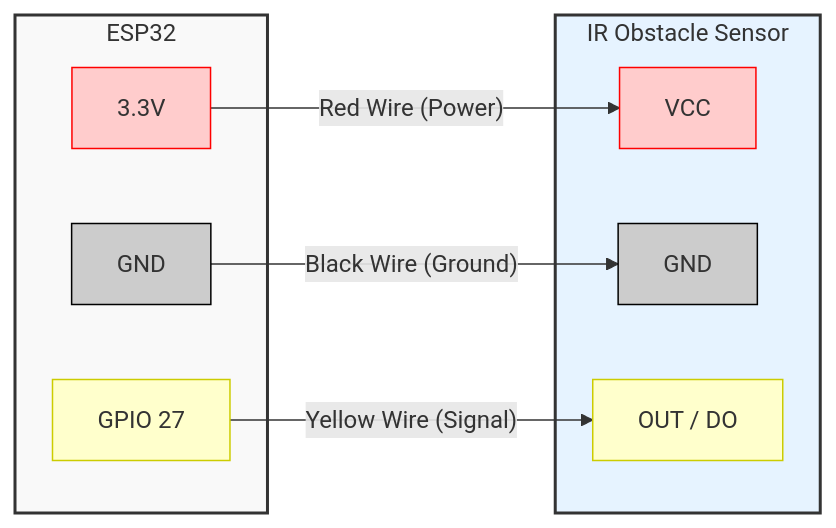
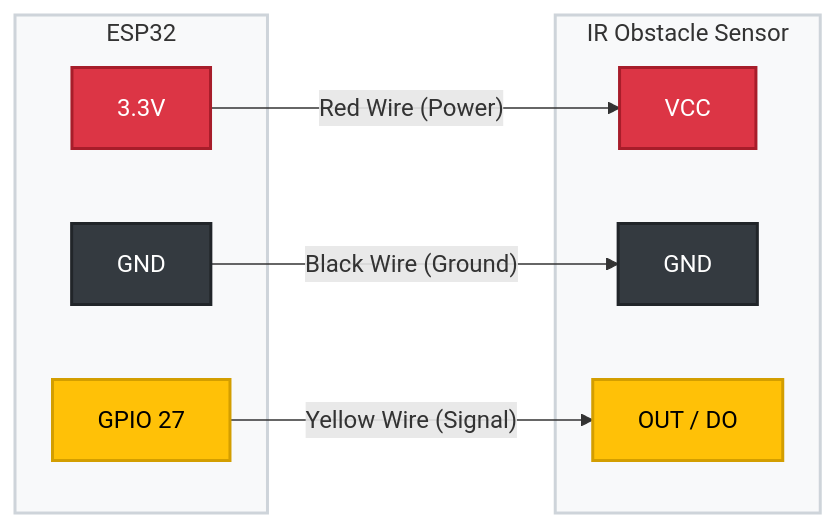
The diagram in README.md (yashwanthR1207/ESP-32-IRsensor-test-code-), drawn with Mermaid before and after one commit. The commit also changed 1 other file, not shown here.

````diff
--- a/README.md
+++ b/README.md
@@ -9,27 +9,30 @@
 ```mermaid
 graph LR
     subgraph ESP32
         V33[3.3V]
         G[GND]
         P27[GPIO 27]
     end
 
     subgraph IR_Sensor [IR Obstacle Sensor]
         VCC[VCC]
         GND[GND]
         OUT[OUT / DO]
     end
 
     V33 -- Red Wire (Power) --> VCC
     G -- Black Wire (Ground) --> GND
     P27 -- Yellow Wire (Signal) --> OUT
     
-    style ESP32 fill:#f9f9f9,stroke:#333,stroke-width:2px
-    style IR_Sensor fill:#e6f3ff,stroke:#333,stroke-width:2px
-    style V33 fill:#ffcccc,stroke:#ff0000
-    style G fill:#cccccc,stroke:#000000
-    style P27 fill:#ffffcc,stroke:#cccc00
-    style VCC fill:#ffcccc,stroke:#ff0000
-    style GND fill:#cccccc,stroke:#000000
-    style OUT fill:#ffffcc,stroke:#cccc00
+    style ESP32 fill:#f8f9fa,stroke:#ced4da,stroke-width:2px
+    style IR_Sensor fill:#f8f9fa,stroke:#ced4da,stroke-width:2px
+    
+    style V33 fill:#dc3545,stroke:#a71d2a,color:#fff,stroke-width:2px
+    style VCC fill:#dc3545,stroke:#a71d2a,color:#fff,stroke-width:2px
+    
+    style G fill:#343a40,stroke:#212529,color:#fff,stroke-width:2px
+    style GND fill:#343a40,stroke:#212529,color:#fff,stroke-width:2px
+    
+    style P27 fill:#ffc107,stroke:#d39e00,color:#000,stroke-width:2px
+    style OUT fill:#ffc107,stroke:#d39e00,color:#000,stroke-width:2px
 ```
````
